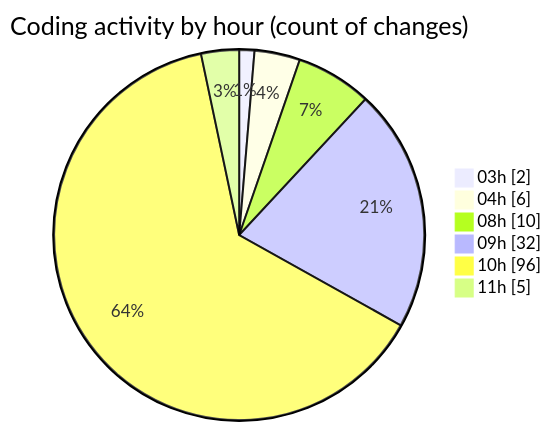
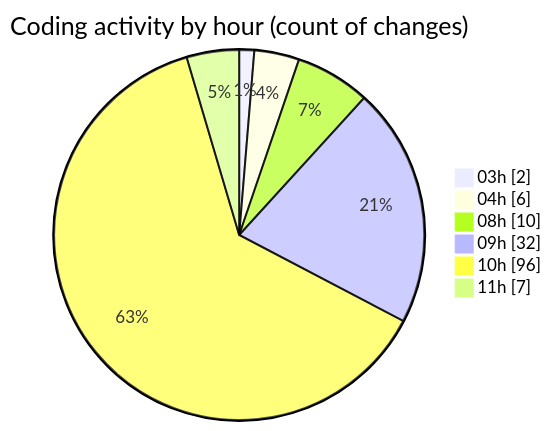
One commit to tmsrecording-cyber/code-tracking changed the second of 2 diagrams in 2026-02-07/singularitybrainai/README.md. Above: the diagram before and after it, drawn with Mermaid. The commit also changed other lines of this file and 1 other file, not shown here.

````diff
--- a/2026-02-07/singularitybrainai/README.md
+++ b/2026-02-07/singularitybrainai/README.md
@@ -49,10 +49,10 @@
 ```mermaid
 pie showData
 title Coding activity by hour (count of changes)
 "03h" : 2
 "04h" : 6
 "08h" : 10
 "09h" : 32
 "10h" : 96
-"11h" : 5
+"11h" : 7
 ```
````
